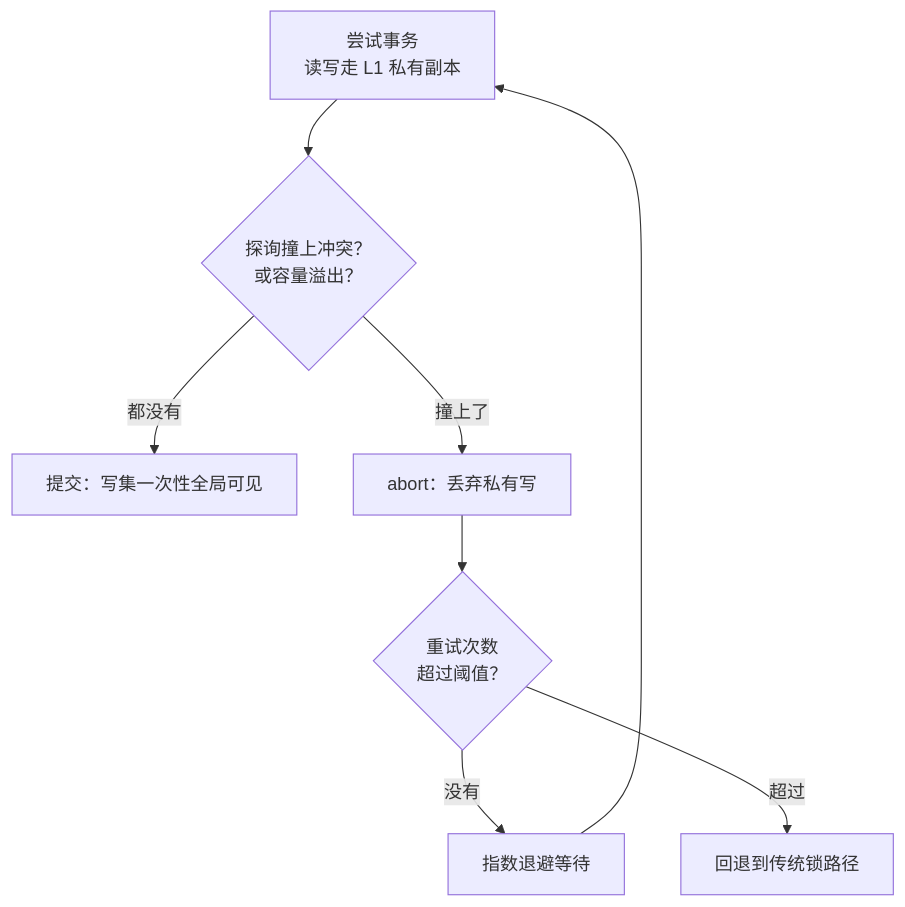
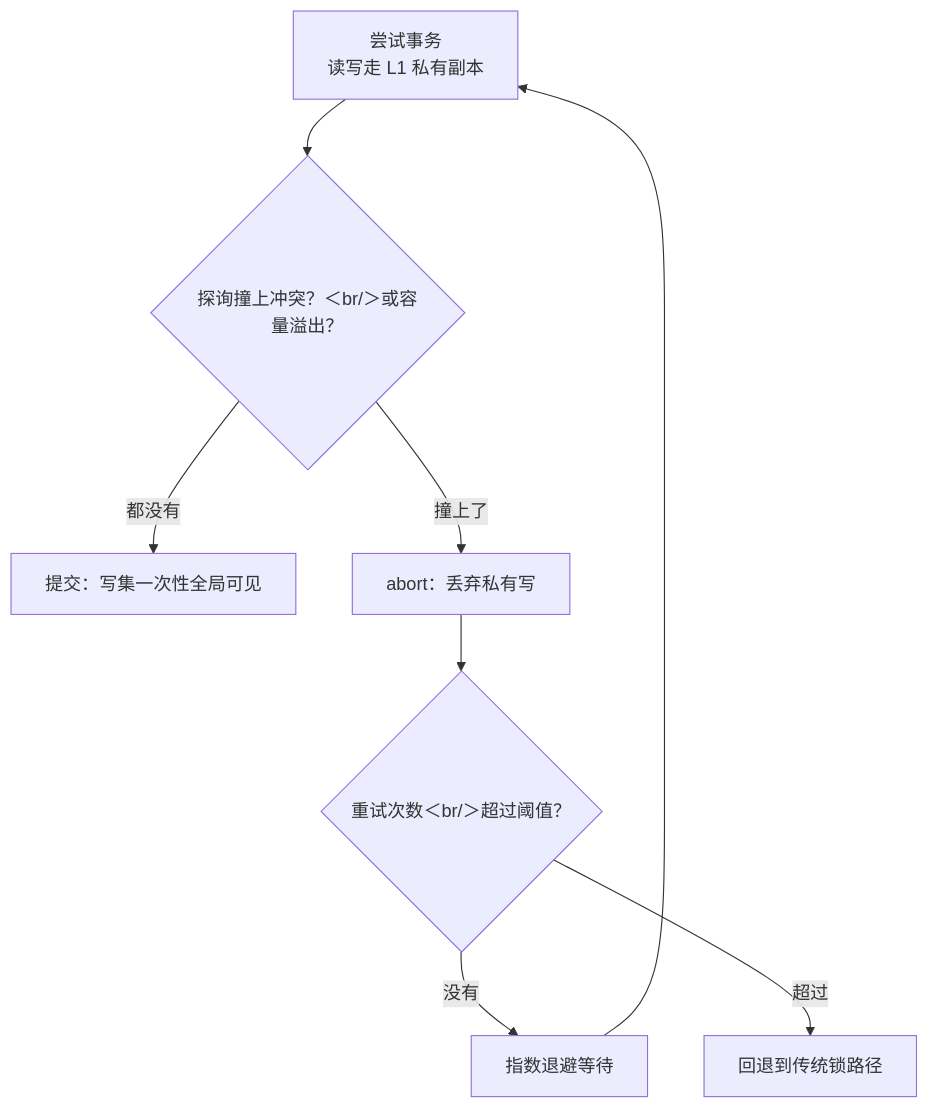
One commit to xhongduo-tech/xhongduo-tech.github.io changed the second of 2 diagrams in docs/cs/transactional-memory.md. Above: the diagram before and after it, drawn with Mermaid. The commit also changed 291 other files, not shown here.

Commit message:
Normalize lesson titles to tree names and repair mermaid arrow/quote syntax site-wide.

````diff
--- a/docs/cs/transactional-memory.md
+++ b/docs/cs/transactional-memory.md
@@ -46,10 +46,10 @@
 ```mermaid
 flowchart TD
-  TRY["尝试事务<br/>读写走 L1 私有副本"] --> PROBE{"探询撞上冲突？<br/>或容量溢出？"}
+  TRY["尝试事务<br/>读写走 L1 私有副本"] --> PROBE{"探询撞上冲突？＜br/＞或容量溢出？"}
   PROBE -->|"都没有"| COMMIT["提交：写集一次性全局可见"]
   PROBE -->|"撞上了"| ABORT["abort：丢弃私有写"]
-  ABORT --> RETRY{"重试次数<br/>超过阈值？"}
+  ABORT --> RETRY{"重试次数＜br/＞超过阈值？"}
   RETRY -->|"没有"| BACK["指数退避等待"]
   BACK --> TRY
   RETRY -->|"超过"| LOCK["回退到传统锁路径"]
 ```
````
